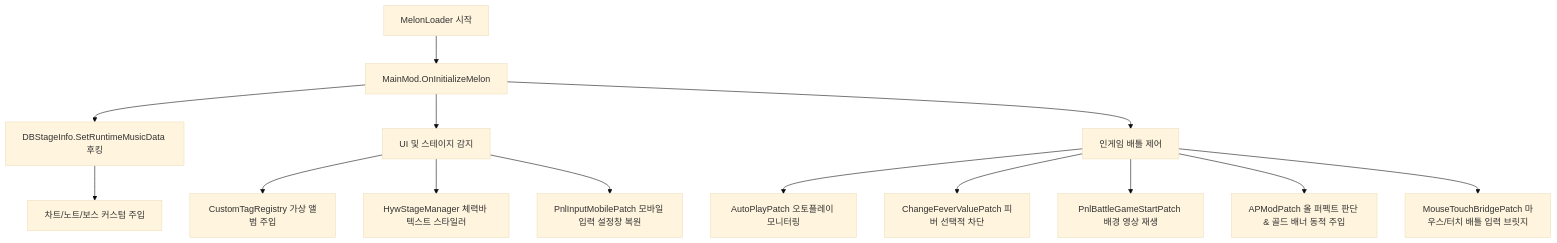
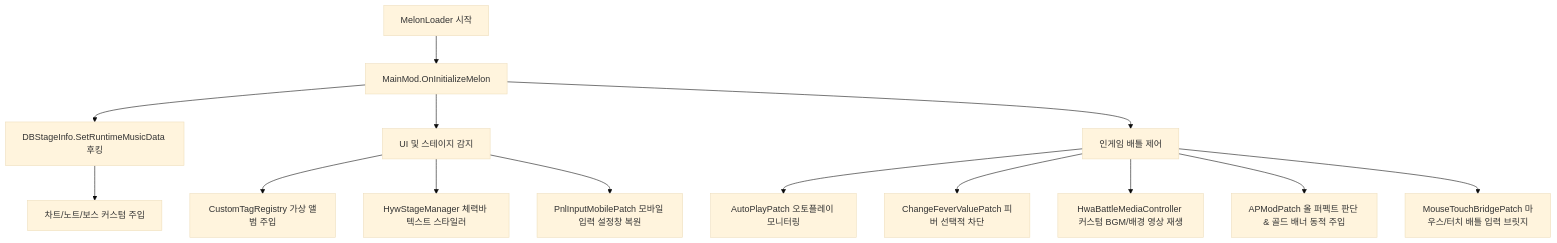
One commit to magjangin/muse-dash-test changed the diagram in docs/architecture/CODE_REFERENCE.md. Above: the diagram before and after it, drawn with Mermaid (base theme). The commit also changed other lines of this file and 28 other files, not shown here.

````diff
--- a/docs/architecture/CODE_REFERENCE.md
+++ b/docs/architecture/CODE_REFERENCE.md
@@ -11,18 +11,18 @@
 ```mermaid
 graph TD
     MelonLoader[MelonLoader 시작] --> MainMod[MainMod.OnInitializeMelon]
     MainMod --> HookStage[DBStageInfo.SetRuntimeMusicData 후킹]
     HookStage --> NoteExp[차트/노트/보스 커스텀 주입]
     
     MainMod --> HookUI[UI 및 스테이지 감지]
     HookUI --> CustomTag[CustomTagRegistry 가상 앨범 주입]
     HookUI --> HpTextMod[HywStageManager 체력바 텍스트 스타일러]
     HookUI --> MobileUI[PnlInputMobilePatch 모바일 입력 설정창 복원]
     
     MainMod --> HookBattle[인게임 배틀 제어]
     HookBattle --> AutoPlay[AutoPlayPatch 오토플레이 모니터링]
     HookBattle --> FeverCtrl[ChangeFeverValuePatch 피버 선택적 차단]
-    HookBattle --> VideoPlay[PnlBattleGameStartPatch 배경 영상 재생]
+    HookBattle --> VideoPlay[HwaBattleMediaController 커스텀 BGM/배경 영상 재생]
     HookBattle --> APMod[APModPatch 올 퍼펙트 판단 & 골드 배너 동적 주입]
     HookBattle --> TouchBridge[MouseTouchBridgePatch 마우스/터치 배틀 입력 브릿지]
 ```
````
